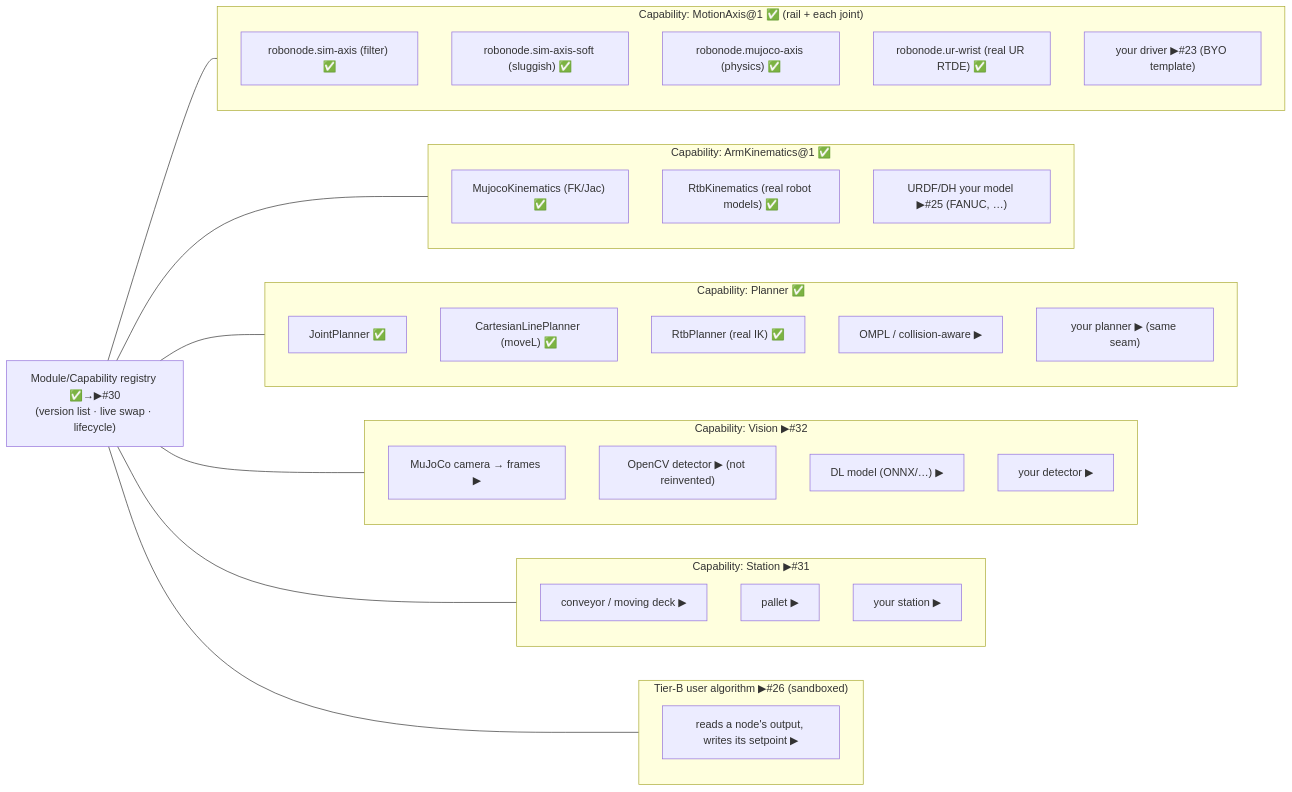
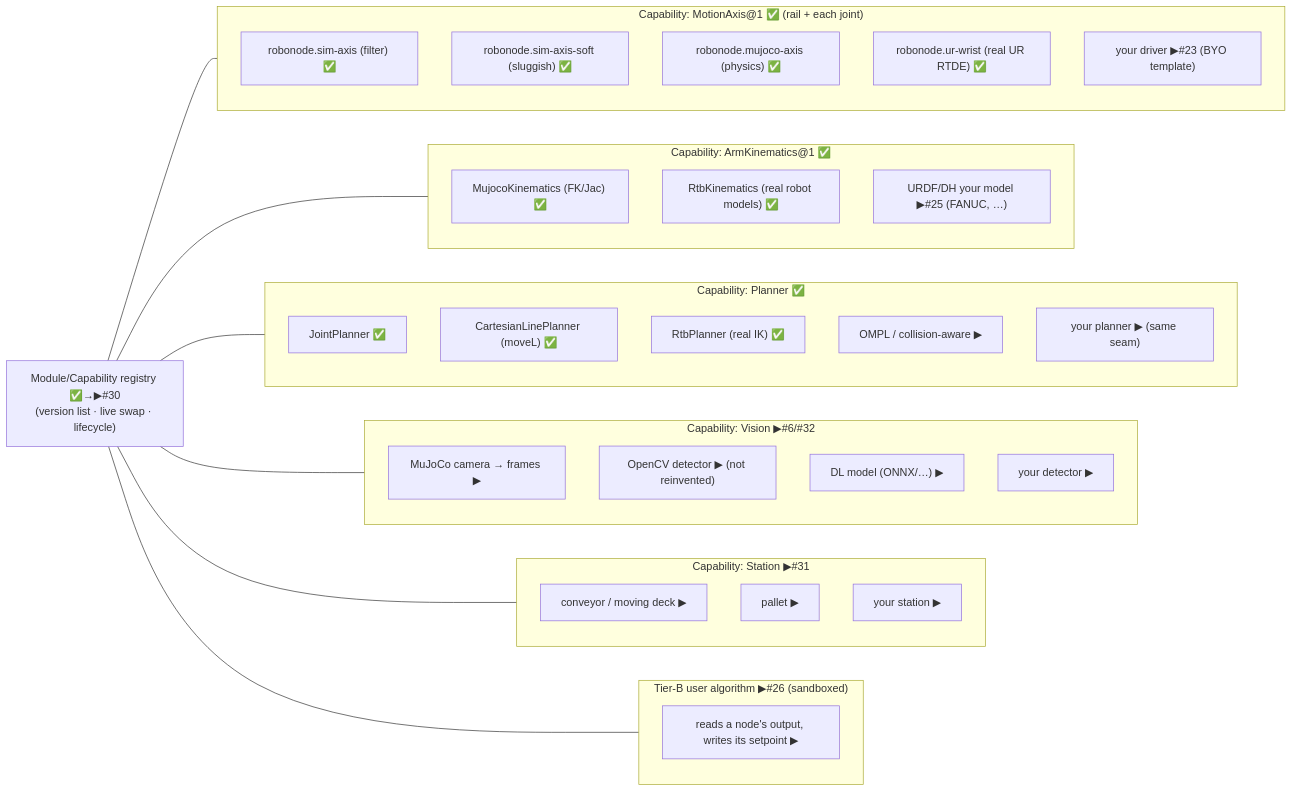
The second of 3 diagrams in docs/ARCHITECTURE.md (brmel/robonode), drawn with Mermaid before and after one commit. The commit also changed other lines of this file and 18 other files, not shown here.

First line of the commit message:
docs: consolidate architecture + stack into one ARCHITECTURE.md

````diff
--- a/docs/ARCHITECTURE.md
+++ b/docs/ARCHITECTURE.md
@@ -51,39 +57,39 @@
 ```mermaid
 flowchart LR
   subgraph MotionAxis["Capability: MotionAxis@1 ✅ (rail + each joint)"]
     A1["robonode.sim-axis (filter) ✅"]
     A2["robonode.sim-axis-soft (sluggish) ✅"]
     A3["robonode.mujoco-axis (physics) ✅"]
     A4["robonode.ur-wrist (real UR RTDE) ✅"]
     A5["your driver ▶#23 (BYO template)"]
   end
   subgraph Arm["Capability: ArmKinematics@1 ✅"]
     K1["MujocoKinematics (FK/Jac) ✅"]
     K2["RtbKinematics (real robot models) ✅"]
     K3["URDF/DH your model ▶#25 (FANUC, …)"]
   end
   subgraph Plan["Capability: Planner ✅"]
     P1["JointPlanner ✅"]
     P2["CartesianLinePlanner (moveL) ✅"]
     P3["RtbPlanner (real IK) ✅"]
     P4["OMPL / collision-aware ▶"]
     P5["your planner ▶ (same seam)"]
   end
-  subgraph Vision["Capability: Vision ▶#32"]
+  subgraph Vision["Capability: Vision ▶#6/#32"]
     V1["MuJoCo camera → frames ▶"]
     V2["OpenCV detector ▶ (not reinvented)"]
     V3["DL model (ONNX/…) ▶"]
     V4["your detector ▶"]
   end
   subgraph Station["Capability: Station ▶#31"]
     S1["conveyor / moving deck ▶"]
     S2["pallet ▶"]
     S3["your station ▶"]
   end
   subgraph Algo["Tier-B user algorithm ▶#26 (sandboxed)"]
     Z1["reads a node's output, writes its setpoint ▶"]
   end
 
   REG["Module/Capability registry ✅→▶#30<br/>(version list · live swap · lifecycle)"]
   REG --- MotionAxis ; REG --- Arm ; REG --- Plan ; REG --- Vision ; REG --- Station ; REG --- Algo
 ```
````
